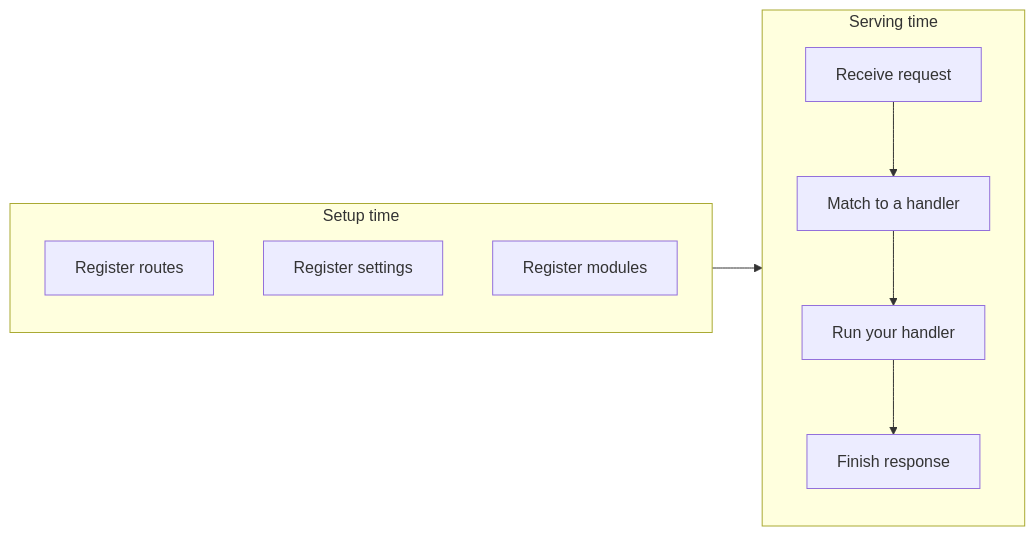
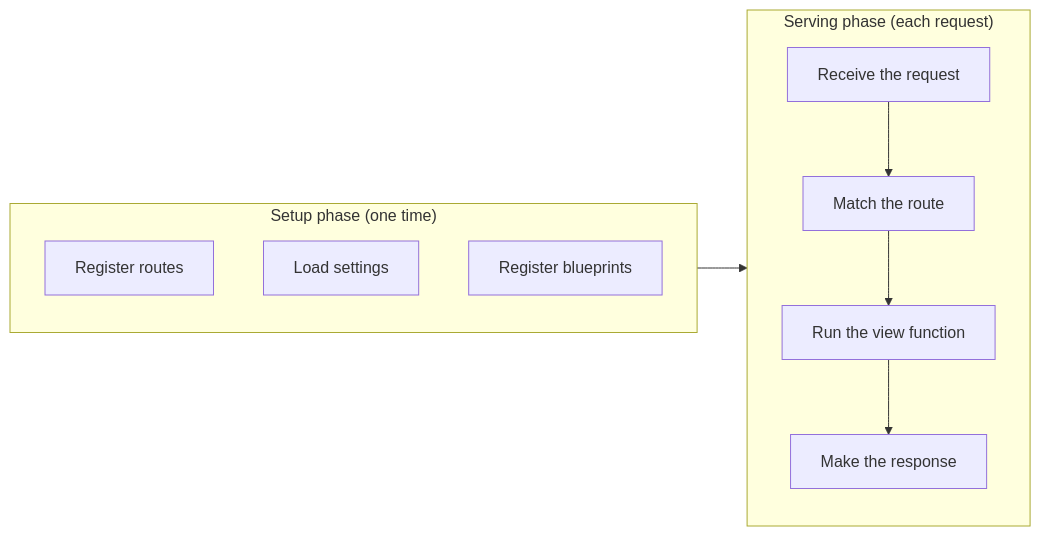
One commit to KeunwooPark/cluedoc changed the second of 3 diagrams in docs/examples/flask/.cluedoc/README.md. Above: the diagram before and after it, drawn with Mermaid. The commit also changed other lines of this file and 22 other files, not shown here.

````diff
--- a/docs/examples/flask/.cluedoc/README.md
+++ b/docs/examples/flask/.cluedoc/README.md
@@ -50,16 +51,16 @@
 ```mermaid
 flowchart LR
-    subgraph Setup [Setup time]
-        R1[Register routes]
-        R2[Register settings]
-        R3[Register modules]
+    subgraph Setup ["Setup phase (one time)"]
+        R1["Register routes"]
+        R2["Load settings"]
+        R3["Register blueprints"]
     end
-    subgraph Serving [Serving time]
-        D[Receive request]
-        M[Match to a handler]
-        H[Run your handler]
-        F[Finish response]
+    subgraph Serving ["Serving phase (each request)"]
+        D["Receive the request"]
+        M["Match the route"]
+        H["Run the view function"]
+        F["Make the response"]
     end
     Setup --> Serving
     D --> M --> H --> F
 ```
````
